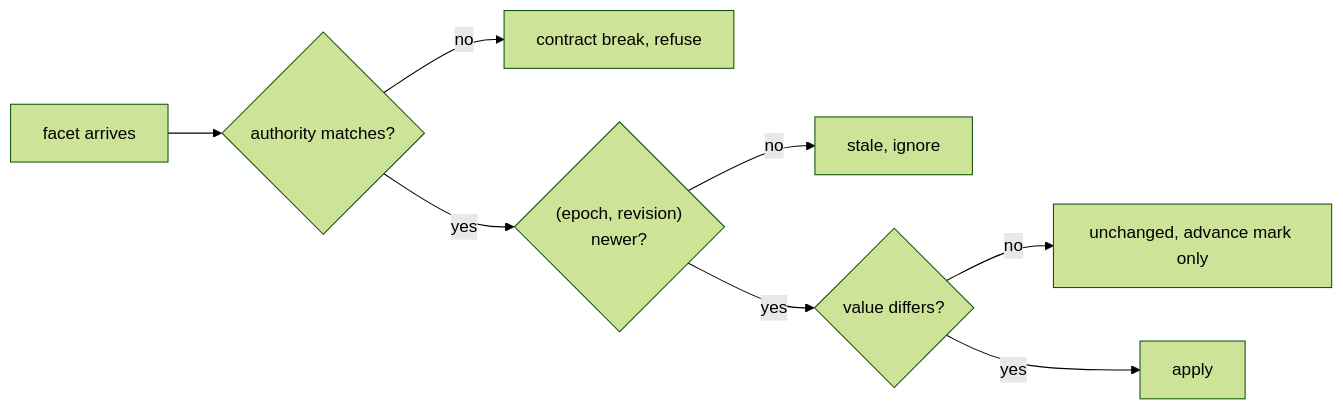
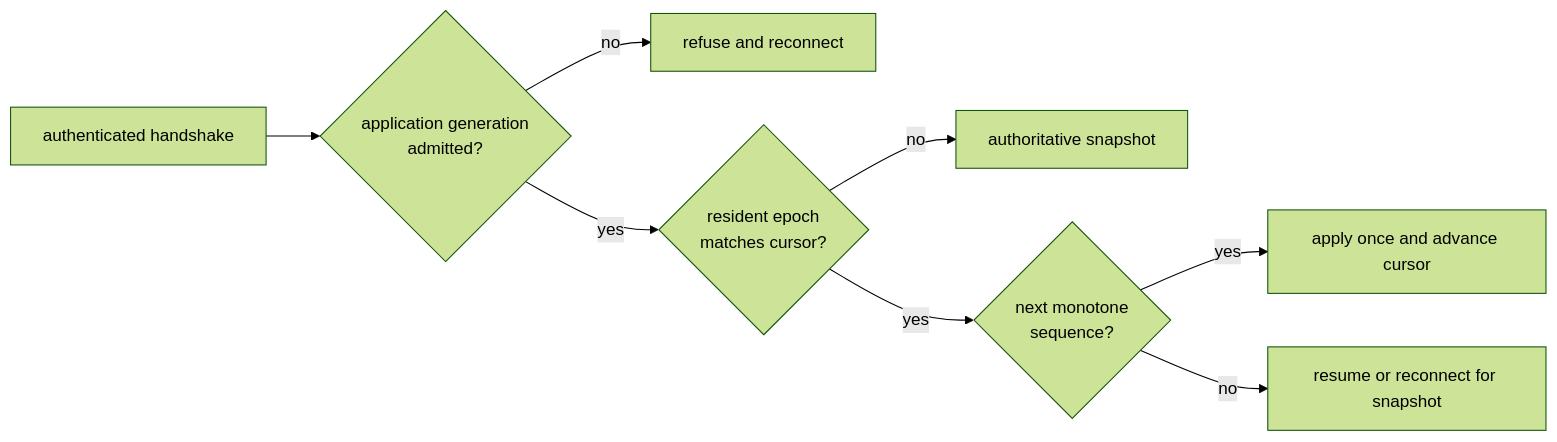
Before and after one commit to infimalabs/spice-rust: the ninth of 10 diagrams in docs/product/model/decisions.md, drawn with Mermaid (forest theme). The commit also changed other lines of this file and 71 other files, not shown here.

````diff
--- a/docs/product/model/decisions.md
+++ b/docs/product/model/decisions.md
@@ -243,10 +265,10 @@
 ```mermaid
 flowchart LR
-  F["facet arrives"] --> A{"authority matches?"}
-  A -- no --> X["contract break, refuse"]
-  A -- yes --> O{"(epoch, revision)<br/>newer?"}
-  O -- no --> S[stale, ignore]
-  O -- yes --> V{"value differs?"}
-  V -- no --> U["unchanged, advance mark only"]
-  V -- yes --> AP["apply"]
+  H["authenticated handshake"] --> G{"application generation<br/>admitted?"}
+  G -- no --> X["refuse and reconnect"]
+  G -- yes --> E{"resident epoch<br/>matches cursor?"}
+  E -- no --> S["authoritative snapshot"]
+  E -- yes --> Q{"next monotone<br/>sequence?"}
+  Q -- yes --> AP["apply once and advance cursor"]
+  Q -- no --> R["resume or reconnect for snapshot"]
 ```
````
